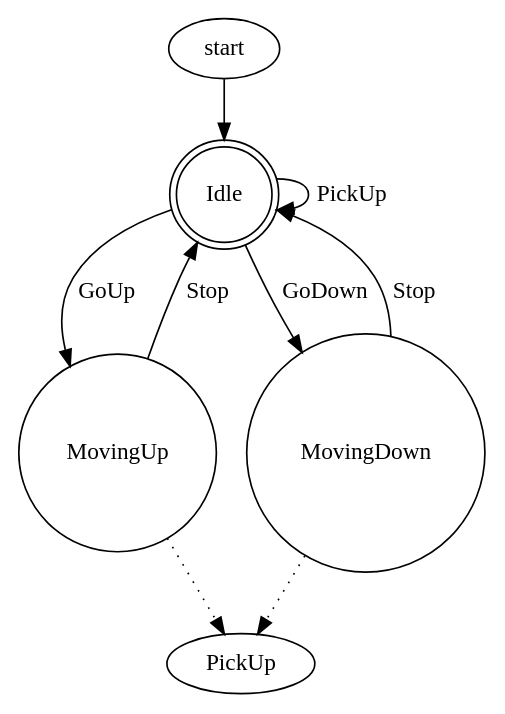
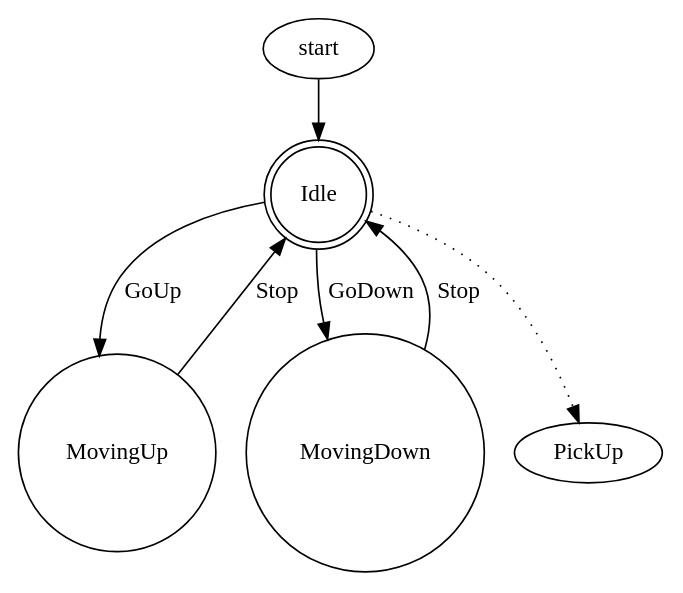
The diagram in result.dot (antonvedaet/haskeDSL), drawn with Graphviz before and after one commit. The commit also changed 2 other files, not shown here.

Commit message:
fix: changed graph

```diff
--- a/result.dot
+++ b/result.dot
@@ -1,14 +1,12 @@
 digraph FSM {
   Idle [shape=circle];
   MovingUp [shape=circle];
   MovingDown [shape=circle];
   start -> Idle;
   Idle [shape=doublecircle];
   Idle -> MovingUp [label="GoUp"];
   MovingUp -> Idle [label="Stop"];
   Idle -> MovingDown [label="GoDown"];
   MovingDown -> Idle [label="Stop"];
-  Idle -> Idle [label="PickUp"];
-  MovingUp -> PickUp [style=dotted];
-  MovingDown -> PickUp [style=dotted];
+  Idle -> PickUp [style=dotted];
 }
```
